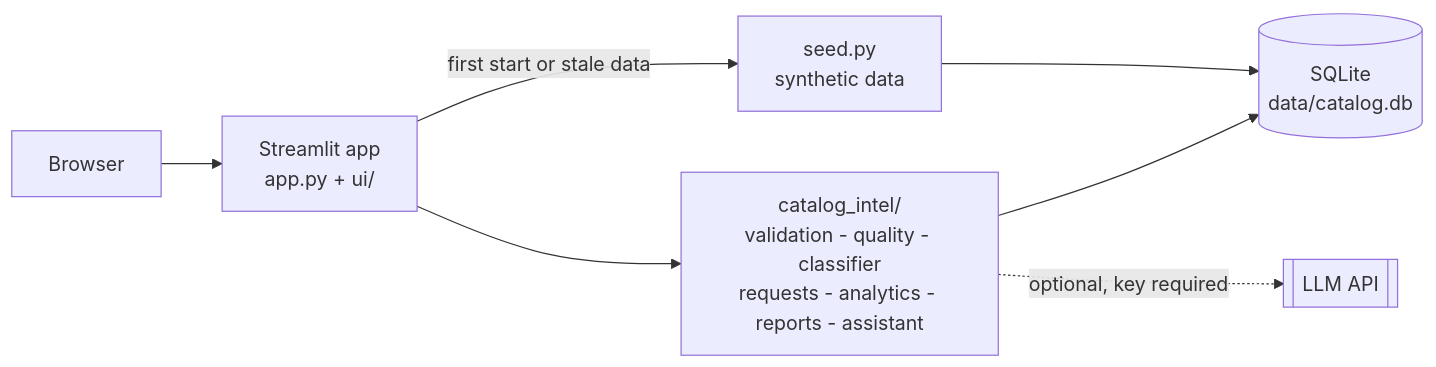
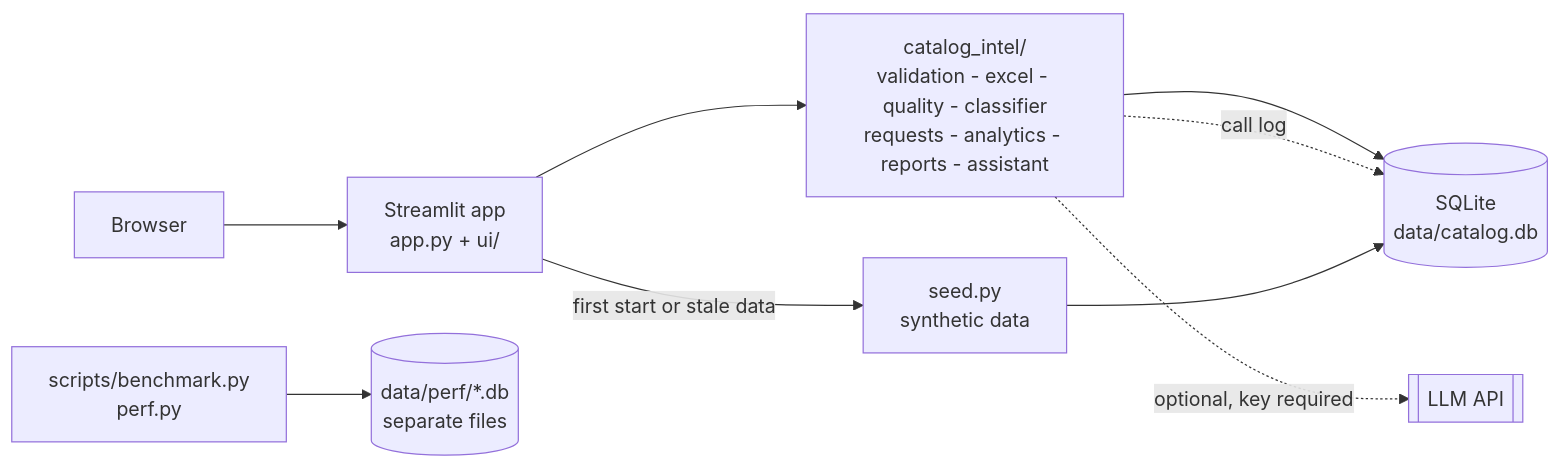
One commit to purinLee/my-project changed the diagram in README.md. Above: the diagram before and after it, drawn with Mermaid. The commit also changed other lines of this file and 27 other files, not shown here.

````diff
--- a/README.md
+++ b/README.md
@@ -62,9 +169,11 @@
 ```mermaid
 flowchart LR
     U[Browser] --> S[Streamlit app<br/>app.py + ui/]
-    S --> C[catalog_intel/<br/>validation - quality - classifier<br/>requests - analytics - reports - assistant]
+    S --> C[catalog_intel/<br/>validation - excel - quality - classifier<br/>requests - analytics - reports - assistant]
     C --> D[(SQLite<br/>data/catalog.db)]
     C -. optional, key required .-> L[[LLM API]]
+    C -. call log .-> D
     S -- first start or stale data --> G[seed.py<br/>synthetic data]
     G --> D
+    B[scripts/benchmark.py<br/>perf.py] --> P[(data/perf/*.db<br/>separate files)]
 ```
````
